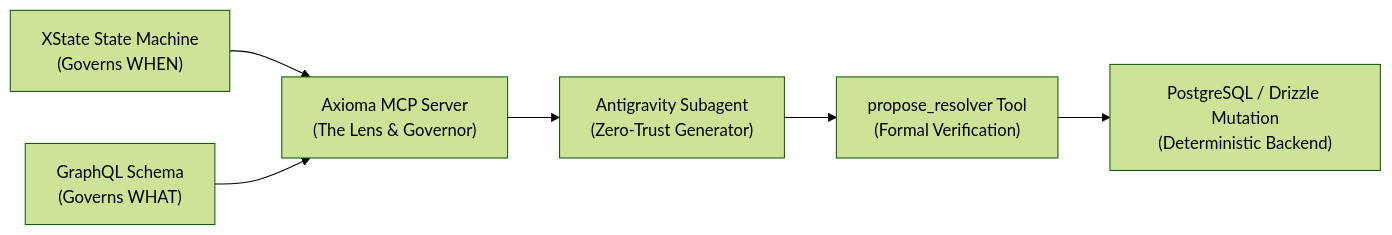
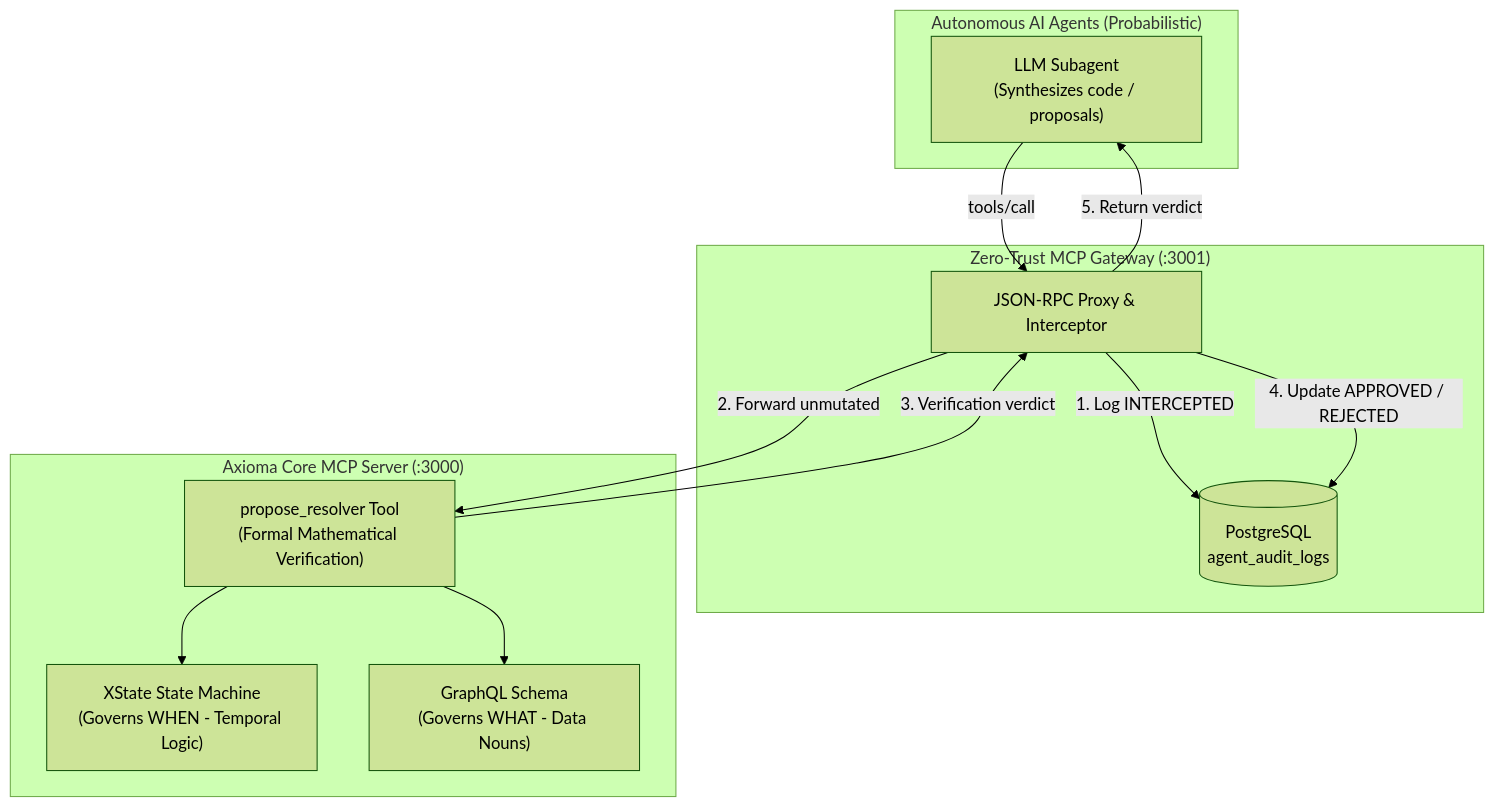
The diagram in README.md (Michlipski/axioma-mcp-governance), drawn with Mermaid (forest theme) before and after one commit. The commit also changed other lines of this file and 12 other files, not shown here.

````diff
--- a/README.md
+++ b/README.md
@@ -22,8 +38,26 @@
 ```mermaid
-flowchart LR
-    A["XState State Machine\n(Governs WHEN)"] --> C["Axioma MCP Server\n(The Lens & Governor)"]
-    B["GraphQL Schema\n(Governs WHAT)"] --> C
-    C --> D["Antigravity Subagent\n(Zero-Trust Generator)"]
-    D --> E["propose_resolver Tool\n(Formal Verification)"]
-    E --> F["PostgreSQL / Drizzle Mutation\n(Deterministic Backend)"]
+flowchart TD
+    subgraph Agents["Autonomous AI Agents (Probabilistic)"]
+        AGENT["LLM Subagent\n(Synthesizes code / proposals)"]
+    end
+
+    subgraph Gateway["Zero-Trust MCP Gateway (:3001)"]
+        PROXY["JSON-RPC Proxy & Interceptor"]
+        LEDGER[("PostgreSQL\nagent_audit_logs")]
+    end
+
+    subgraph Governance["Axioma Core MCP Server (:3000)"]
+        XSTATE["XState State Machine\n(Governs WHEN - Temporal Logic)"]
+        GRAPHQL["GraphQL Schema\n(Governs WHAT - Data Nouns)"]
+        VERIFY["propose_resolver Tool\n(Formal Mathematical Verification)"]
+    end
+
+    AGENT -->|"tools/call"| PROXY
+    PROXY -->|"1. Log INTERCEPTED"| LEDGER
+    PROXY -->|"2. Forward unmutated"| VERIFY
+    VERIFY --> XSTATE
+    VERIFY --> GRAPHQL
+    VERIFY -->|"3. Verification verdict"| PROXY
+    PROXY -->|"4. Update APPROVED / REJECTED"| LEDGER
+    PROXY -->|"5. Return verdict"| AGENT
 ```
````
